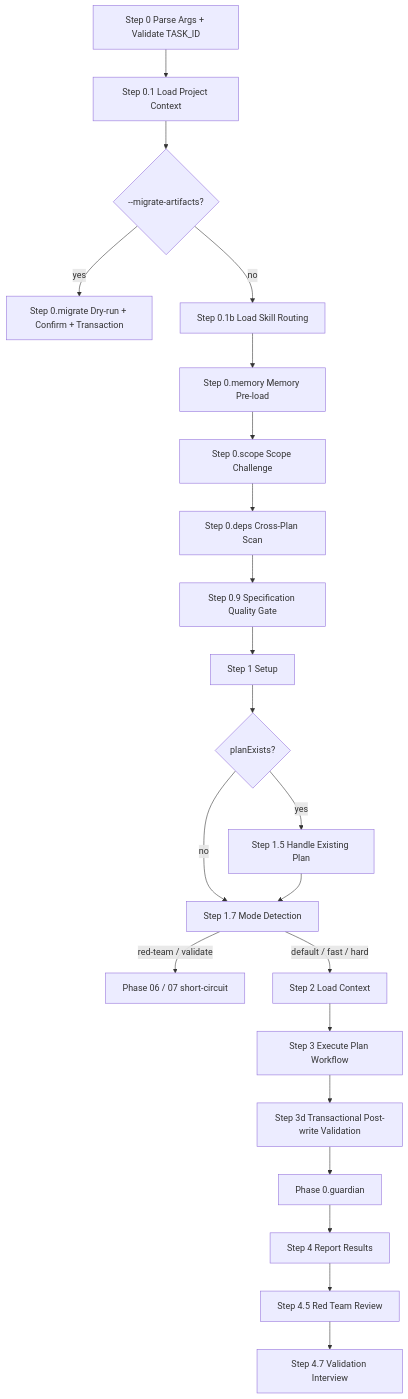
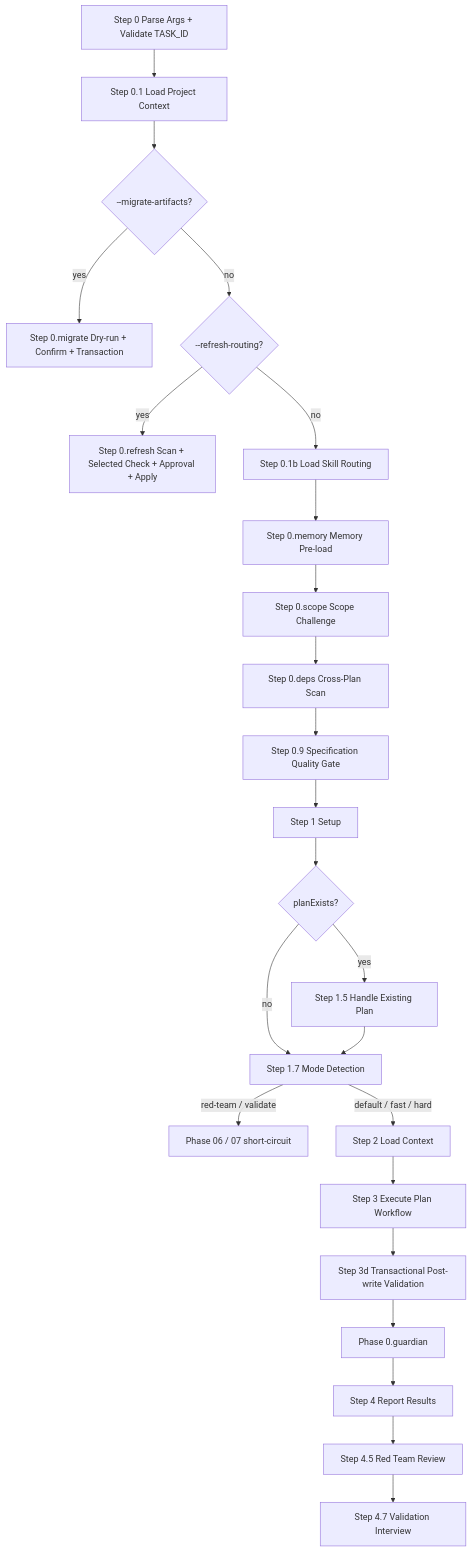
The diagram in .specify/plugins/tdk-core/skills/tdk-plan/SKILL.md (vinhltt/tdk), drawn with Mermaid before and after one commit. The commit also changed other lines of this file and 56 other files, not shown here.

````diff
--- a/.specify/plugins/tdk-core/skills/tdk-plan/SKILL.md
+++ b/.specify/plugins/tdk-core/skills/tdk-plan/SKILL.md
@@ -58,24 +60,26 @@
 ```mermaid
 flowchart TD
     A[Step 0 Parse Args + Validate TASK_ID] --> B[Step 0.1 Load Project Context]
     B --> BM{--migrate-artifacts?}
     BM -->|yes| MW[Step 0.migrate Dry-run + Confirm + Transaction]
-    BM -->|no| B2[Step 0.1b Load Skill Routing]
+    BM -->|no| BR{--refresh-routing?}
+    BR -->|yes| RW[Step 0.refresh Scan + Selected Check + Approval + Apply]
+    BR -->|no| B2[Step 0.1b Load Skill Routing]
     B2 --> C[Step 0.memory Memory Pre-load]
     C --> S[Step 0.scope Scope Challenge]
     S --> X[Step 0.deps Cross-Plan Scan]
     X --> Q[Step 0.9 Specification Quality Gate]
     Q --> D[Step 1 Setup]
     D --> E{planExists?}
     E -->|yes| F[Step 1.5 Handle Existing Plan]
     E -->|no| M[Step 1.7 Mode Detection]
     F --> M
     M -->|red-team / validate| RT[Phase 06 / 07 short-circuit]
     M -->|default / fast / hard| G[Step 2 Load Context]
     G --> H[Step 3 Execute Plan Workflow]
     H --> PV[Step 3d Transactional Post-write Validation]
     PV --> I[Phase 0.guardian]
     I --> J[Step 4 Report Results]
     J --> RT2[Step 4.5 Red Team Review]
     RT2 --> V[Step 4.7 Validation Interview]
 ```
````
